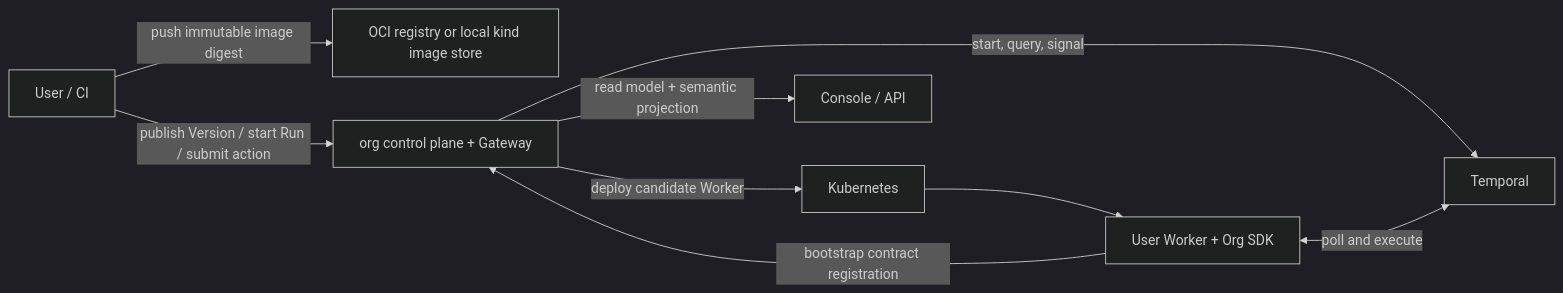
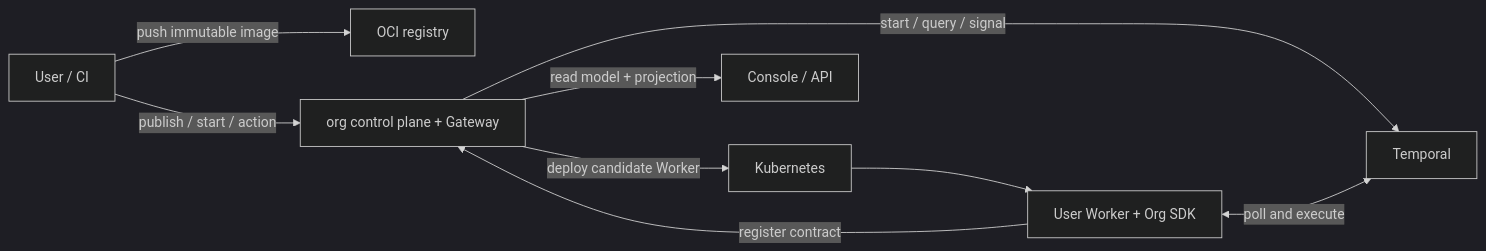
The diagram in docs/architecture/overview.md (wu8685/org), drawn with Mermaid (dark theme) before and after one commit. The commit also changed other lines of this file and 17 other files, not shown here.

````diff
--- a/docs/architecture/overview.md
+++ b/docs/architecture/overview.md
@@ -7,11 +11,11 @@
 ```mermaid
 flowchart LR
-    User["User / CI"] -->|"push immutable image digest"| Registry["OCI registry or local kind image store"]
-    User -->|"publish Version / start Run / submit action"| CP["org control plane + Gateway"]
+    User["User / CI"] -->|"push immutable image"| Registry["OCI registry"]
+    User -->|"publish / start / action"| CP["org control plane + Gateway"]
     CP -->|"deploy candidate Worker"| K8s["Kubernetes"]
     K8s --> Worker["User Worker + Org SDK"]
-    Worker -->|"bootstrap contract registration"| CP
-    CP -->|"start, query, signal"| Temporal["Temporal"]
+    Worker -->|"register contract"| CP
+    CP -->|"start / query / signal"| Temporal["Temporal"]
     Worker <-->|"poll and execute"| Temporal
-    CP -->|"read model + semantic projection"| Console["Console / API"]
+    CP -->|"read model + projection"| Console["Console / API"]
 ```
````
